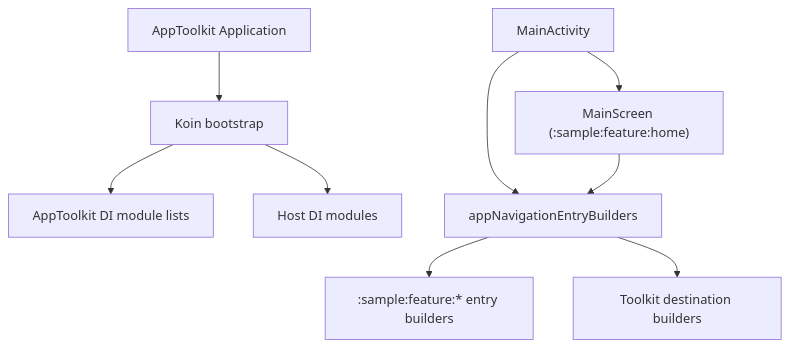
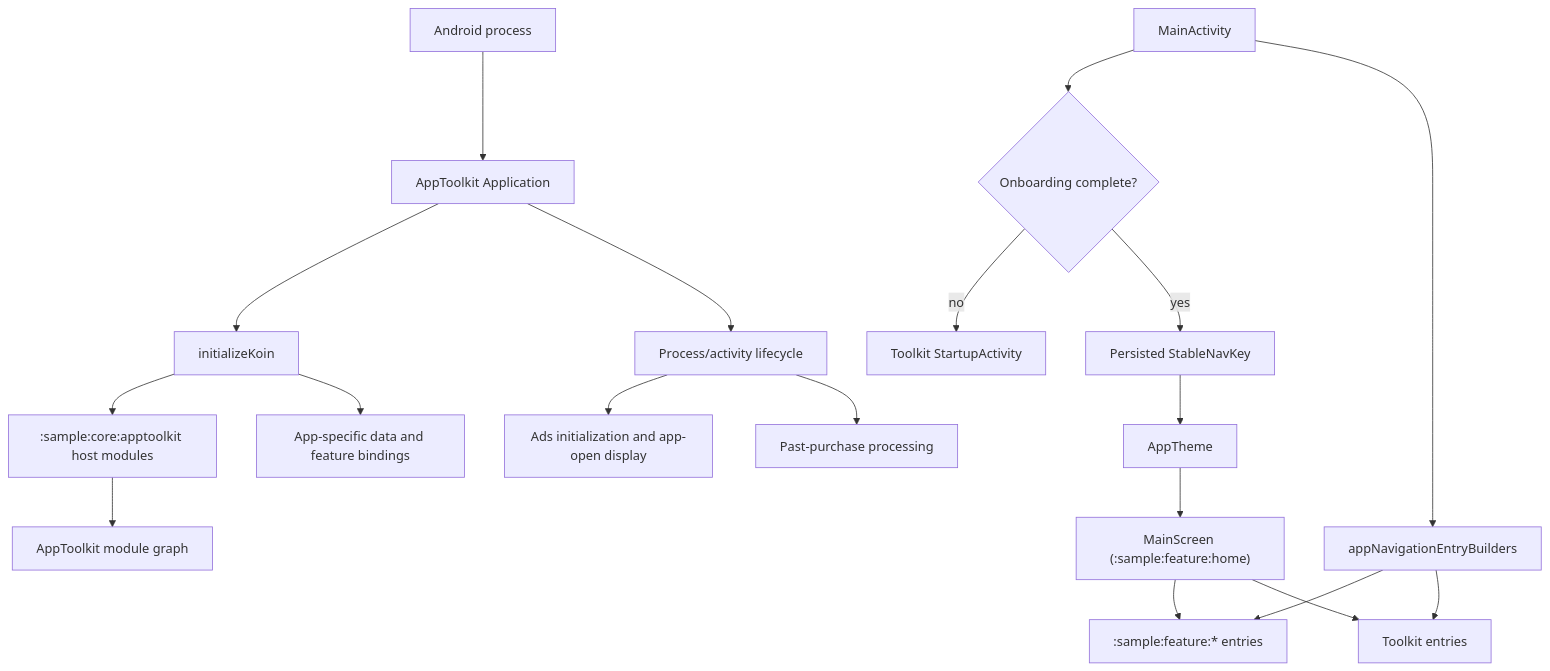
One commit to MihaiCristianCondrea/App-Toolkit-for-Android changed the diagram in sample/app/README.md. Above: the diagram before and after it, drawn with Mermaid. The commit also changed other lines of this file and 57 other files, not shown here.

````diff
--- a/sample/app/README.md
+++ b/sample/app/README.md
@@ -46,11 +48,21 @@
 ```mermaid
 flowchart TD
-    App[AppToolkit Application] --> Koin[Koin bootstrap]
-    Koin --> Facade[AppToolkit DI module lists]
-    Koin --> HostModules[Host DI modules]
-    Activity[MainActivity] --> Builders[appNavigationEntryBuilders]
-    Builders --> Features[":sample:feature:* entry builders"]
-    Builders --> ToolkitEntries[Toolkit destination builders]
-    Activity --> Shell["MainScreen (:sample:feature:home)"]
-    Shell --> Builders
+    Process[Android process] --> App[AppToolkit Application]
+    App --> Koin[initializeKoin]
+    Koin --> Adapter[":sample:core:apptoolkit host modules"]
+    Adapter --> Facade[AppToolkit module graph]
+    Koin --> HostModules[App-specific data and feature bindings]
+    App --> Lifecycle[Process/activity lifecycle]
+    Lifecycle --> Ads[Ads initialization and app-open display]
+    Lifecycle --> Billing[Past-purchase processing]
+    Launcher[MainActivity] --> FirstRun{Onboarding complete?}
+    FirstRun -->|no| Startup[Toolkit StartupActivity]
+    FirstRun -->|yes| Route[Persisted StableNavKey]
+    Route --> Theme[AppTheme]
+    Theme --> Shell["MainScreen (:sample:feature:home)"]
+    Launcher --> Builders[appNavigationEntryBuilders]
+    Builders --> HostEntries[":sample:feature:* entries"]
+    Builders --> ToolkitEntries[Toolkit entries]
+    Shell --> HostEntries
+    Shell --> ToolkitEntries
 ```
````
